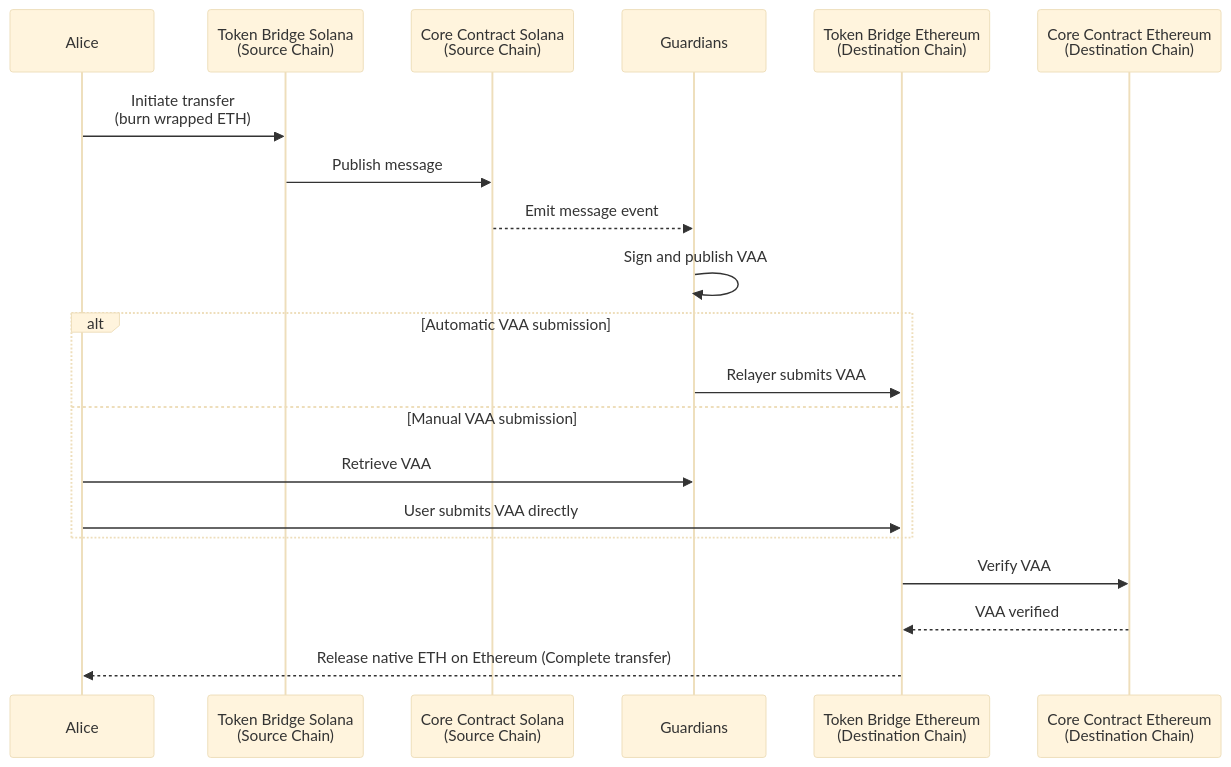
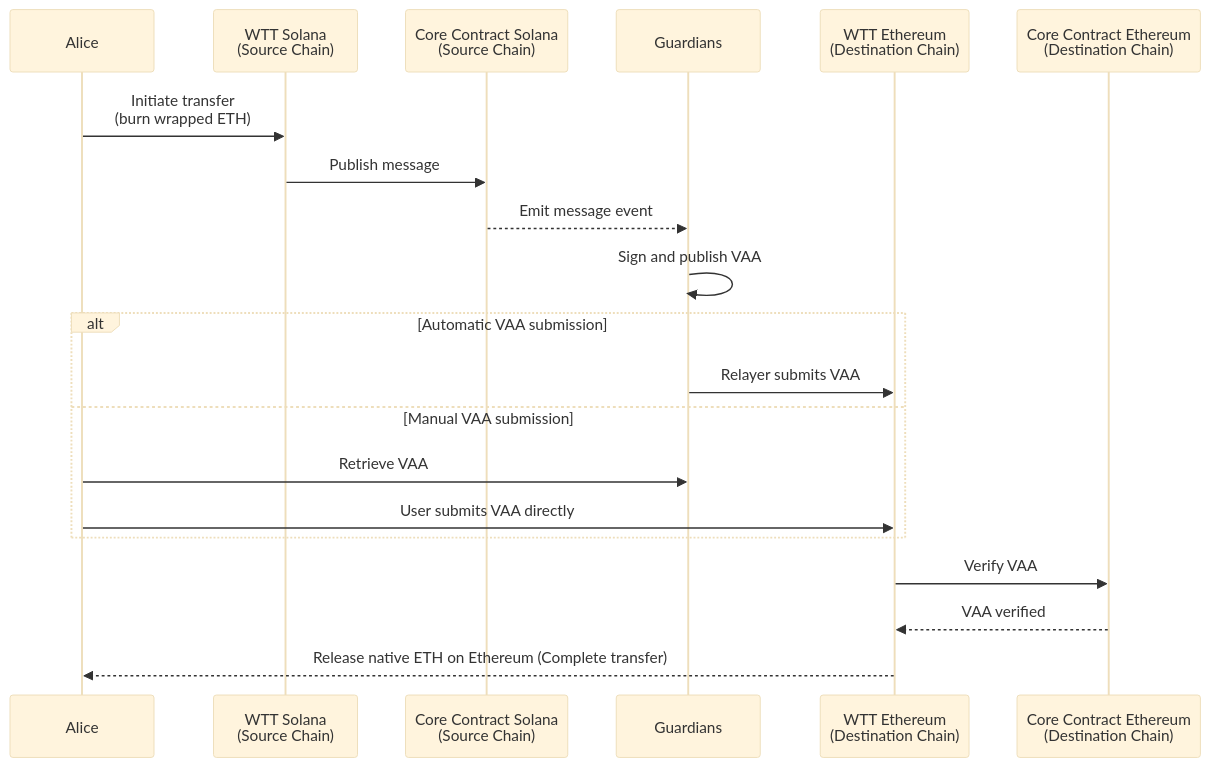
The second of 4 diagrams in products/token-bridge/concepts/transfer-flow.md (wormhole-foundation/wormhole-docs), drawn with Mermaid (base theme) before and after one commit. The commit also changed other lines of this file, not shown here.

Commit message:
update transfer flow to wtt

````diff
--- a/products/token-bridge/concepts/transfer-flow.md
+++ b/products/token-bridge/concepts/transfer-flow.md
@@ -78,25 +81,25 @@
 ```mermaid
 sequenceDiagram
     participant User as Alice
-    participant TokenBridgeSrc as Token Bridge Solana<br>(Source Chain)
+    participant TokenBridgeSrc as WTT Solana<br>(Source Chain)
     participant CoreSrc as Core Contract Solana<br>(Source Chain)
     participant Guardians
-    participant TokenBridgeDst as Token Bridge Ethereum<br>(Destination Chain)
+    participant TokenBridgeDst as WTT Ethereum<br>(Destination Chain)
     participant CoreDst as Core Contract Ethereum<br>(Destination Chain)
 
     User->>TokenBridgeSrc: Initiate transfer <br> (burn wrapped ETH)
     TokenBridgeSrc->>CoreSrc: Publish message
     CoreSrc-->>Guardians: Emit message event
     Guardians->>Guardians: Sign and publish VAA
 
     alt Automatic VAA submission
         Guardians->>TokenBridgeDst: Relayer submits VAA
     else Manual VAA submission
         User->>Guardians: Retrieve VAA
         User->>TokenBridgeDst: User submits VAA directly
     end
 
     TokenBridgeDst->>CoreDst: Verify VAA
     CoreDst-->>TokenBridgeDst: VAA verified
     TokenBridgeDst-->>User: Release native ETH on Ethereum (Complete transfer)
 ```
````
